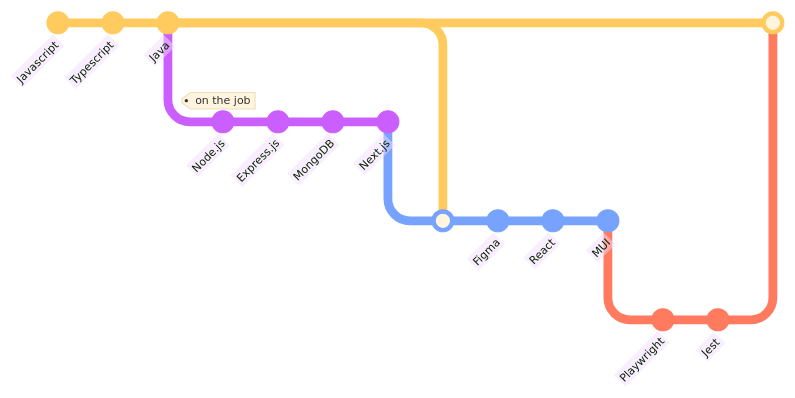
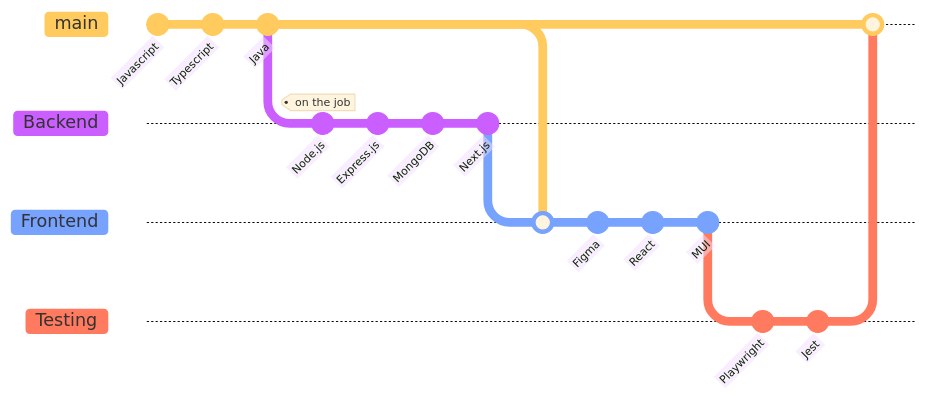
One commit to alejandroo-pc/alejandroo-pc changed the diagram in README.md. Above: the diagram before and after it, drawn with Mermaid.

````diff
--- a/README.md
+++ b/README.md
@@ -11,23 +11,23 @@
 ``` mermaid
-%%{init: { 'logLevel': 'debug', 'theme': 'base', 'gitGraph': {'showBranches': false}} }%%
+%%{init: { 'logLevel': 'debug', 'theme': 'base', 'gitGraph': {'showBranches': true}} }%%
 gitGraph
    commit id: "Javascript"
    commit id: "Typescript"
    commit id: "Java"
    branch Backend
    checkout Backend
    commit id: "Node.js" tag: "on the job"
    commit id: "Express.js"
    commit id: "MongoDB"
    commit id: "Next.js"
    branch Frontend
    merge main
    commit id: "Figma"
    commit id: "React"
    commit id: "MUI"
    branch Testing
    commit id: "Playwright"
    commit id: "Jest"
    checkout main
    merge Testing
 ```
````
